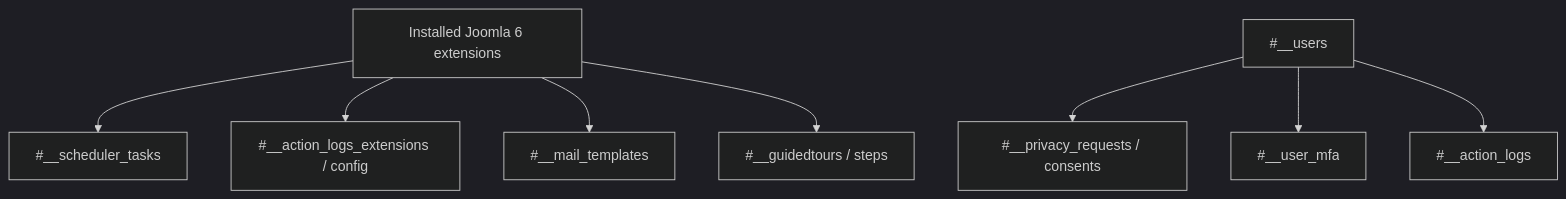
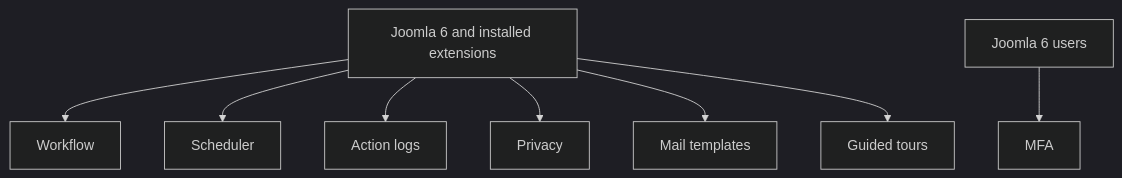
Before and after one commit to duyduyly/php-notebook: diagram 12 of 15 in docs/joomla/learning/database/joomla3-vs-joomla6-erd-gap-diagrams.md, drawn with Mermaid (dark theme). The commit also changed other lines of this file, not shown here.

Commit message:
docs: fix Mermaid ERD gaps and add side-by-side table comparisons

````diff
--- a/docs/joomla/learning/database/joomla3-vs-joomla6-erd-gap-diagrams.md
+++ b/docs/joomla/learning/database/joomla3-vs-joomla6-erd-gap-diagrams.md
@@ -591,14 +426,11 @@
 ```mermaid
-flowchart TD
-    EXT["Installed Joomla 6 extensions"]
-    USERS["#__users"]
-
-    EXT --> SCHED["#__scheduler_tasks"]
-    EXT --> ACTIONCFG["#__action_logs_extensions / config"]
-    EXT --> MAIL["#__mail_templates"]
-    EXT --> TOURS["#__guidedtours / steps"]
-
-    USERS --> PRIVACY["#__privacy_requests / consents"]
-    USERS --> MFA["#__user_mfa"]
-    USERS --> ACTIONS["#__action_logs"]
+flowchart TB
+    CORE["Joomla 6 and installed extensions"]
+    CORE --> WF["Workflow"]
+    CORE --> SCHED["Scheduler"]
+    CORE --> LOG["Action logs"]
+    CORE --> PRIV["Privacy"]
+    CORE --> MAIL["Mail templates"]
+    CORE --> TOUR["Guided tours"]
+    USERS["Joomla 6 users"] --> MFA["MFA"]
 ```
````
